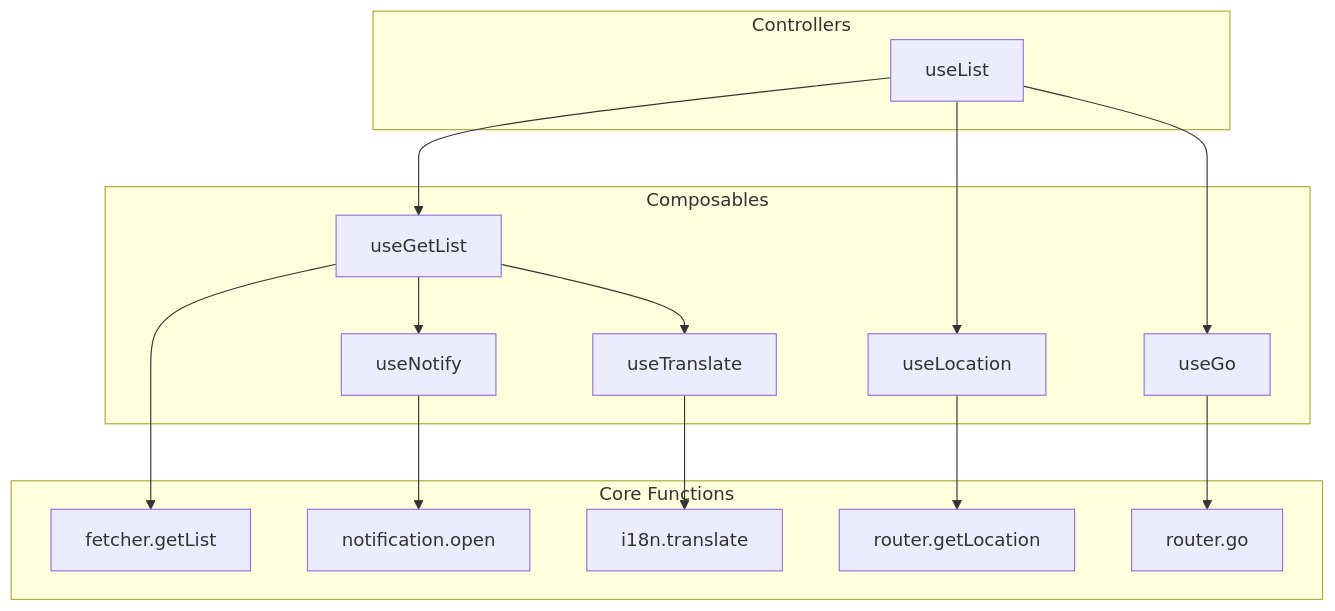
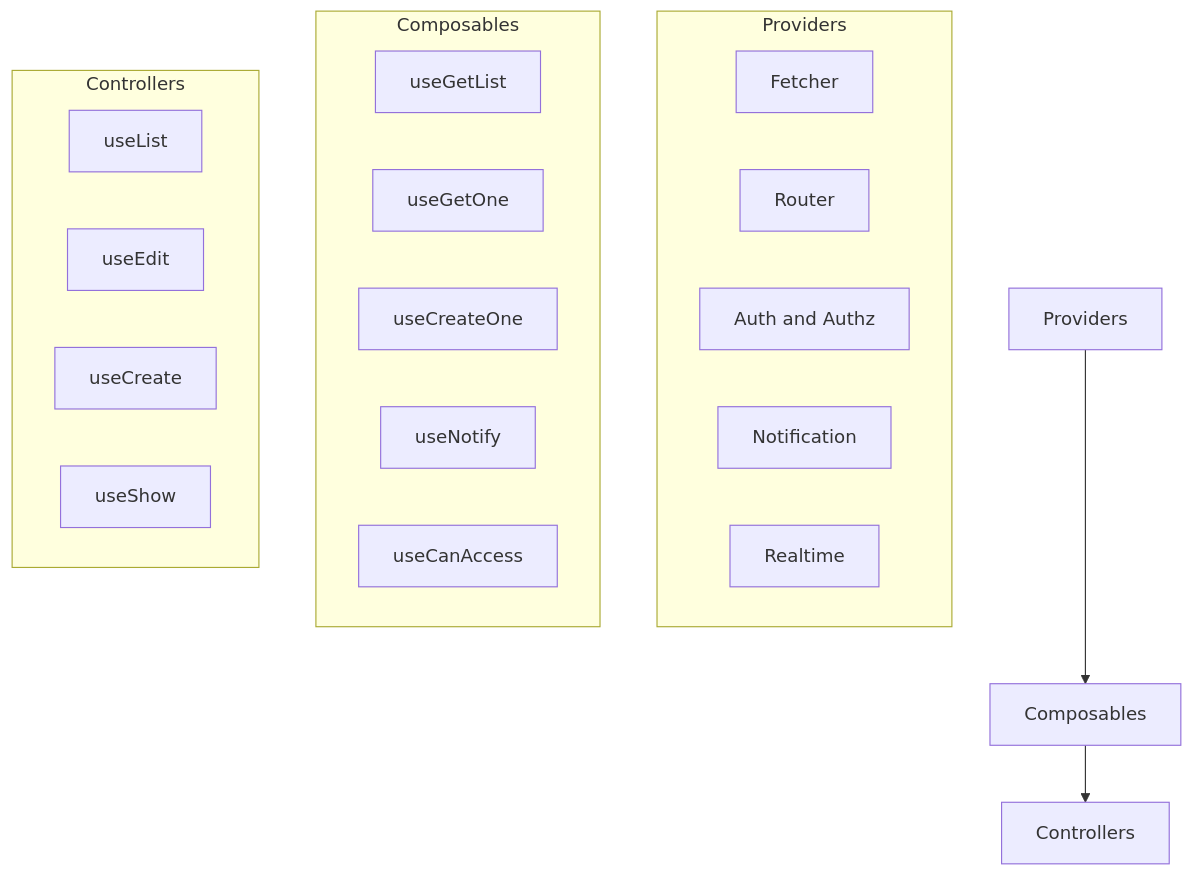
One commit to aa900031/ginjou changed the diagram in docs/content/1.guides/0.introduction.md. Above: the diagram before and after it, drawn with Mermaid. The commit also changed other lines of this file and 42 other files, not shown here.

````diff
--- a/docs/content/1.guides/0.introduction.md
+++ b/docs/content/1.guides/0.introduction.md
@@ -205,29 +123,28 @@
 ```mermaid
-graph TD
-    subgraph Core Functions
-        getList[fetcher.getList]
-        getLocation[router.getLocation]
-        go[router.go]
-        notify[notification.open]
-        translate[i18n.translate]
+flowchart TD
+    A[Providers] --> B[Composables]
+    B --> C[Controllers]
+
+    subgraph Providers
+      A1[Fetcher]
+      A2[Router]
+      A3[Auth and Authz]
+      A4[Notification]
+      A5[Realtime]
     end
 
     subgraph Composables
-        useGetList[useGetList]
-        useNotify[useNotify]
-        useTranslate[useTranslate]
-        useLocation[useLocation]
-        useGo[useGo]
+      B1[useGetList]
+      B2[useGetOne]
+      B3[useCreateOne]
+      B4[useNotify]
+      B5[useCanAccess]
     end
 
     subgraph Controllers
-        useList[useList]
+      C1[useList]
+      C2[useEdit]
+      C3[useCreate]
+      C4[useShow]
     end
-
-    useList --> useGetList & useLocation & useGo
-    useGetList --> getList & useNotify & useTranslate
-    useLocation --> getLocation
-    useGo --> go
-    useNotify --> notify
-    useTranslate --> translate
 ```
````
